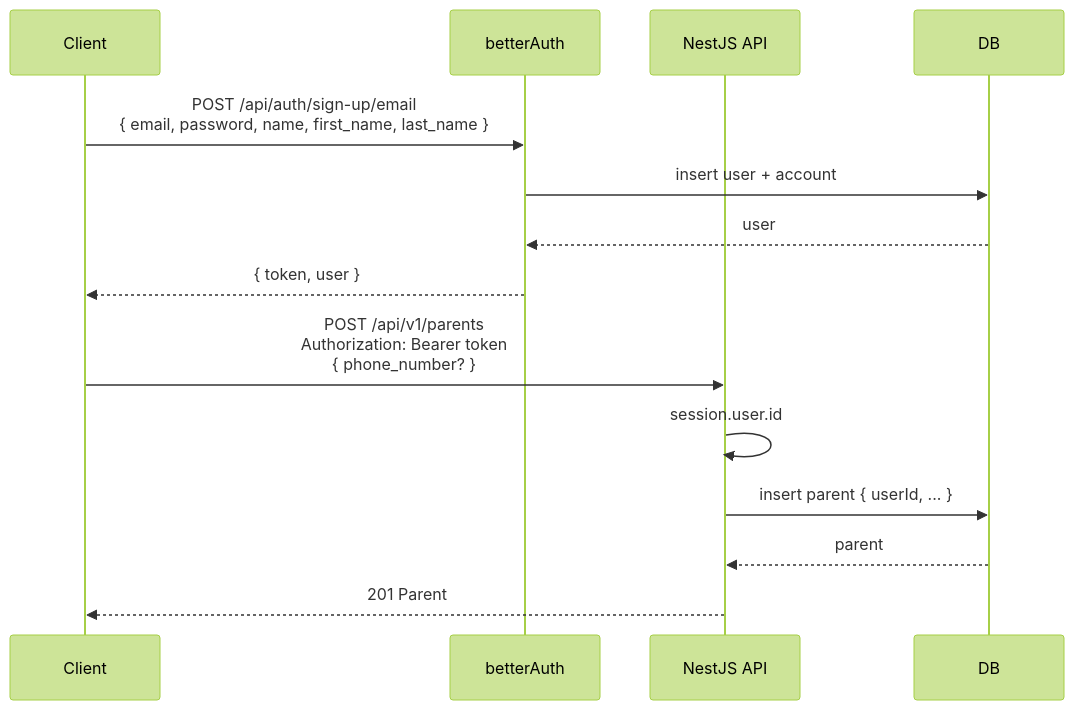
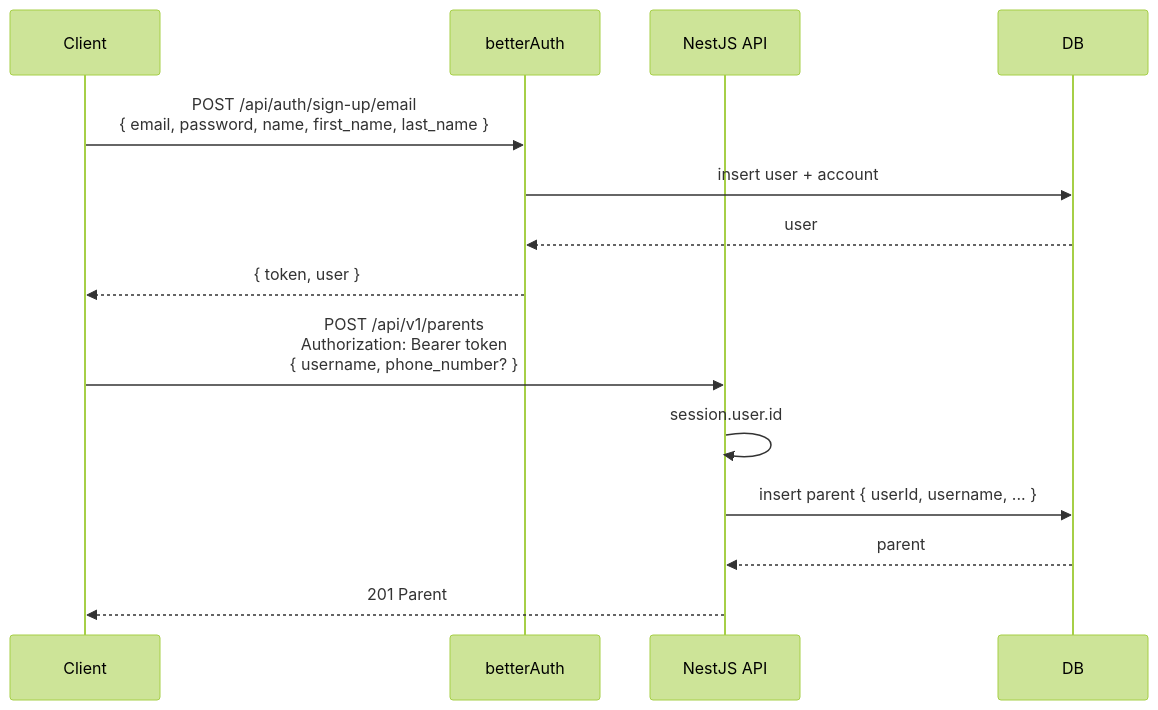
One commit to BelkorcheWidad/elFulk-Backend changed the second of 4 diagrams in docs/auth/AUTH.md. Above: the diagram before and after it, drawn with Mermaid (forest theme). The commit also changed other lines of this file, not shown here.

Commit message:
docs(auth): Updated tests for username

````diff
--- a/docs/auth/AUTH.md
+++ b/docs/auth/AUTH.md
@@ -52,18 +52,18 @@
 ```mermaid
 sequenceDiagram
     participant Client
     participant betterAuth
     participant API as NestJS API
     participant DB
 
     Client->>betterAuth: POST /api/auth/sign-up/email<br/>{ email, password, name, first_name, last_name }
     betterAuth->>DB: insert user + account
     DB-->>betterAuth: user
     betterAuth-->>Client: { token, user }
 
-    Client->>API: POST /api/v1/parents<br/>Authorization: Bearer token<br/>{ phone_number? }
+    Client->>API: POST /api/v1/parents<br/>Authorization: Bearer token<br/>{ username, phone_number? }
     API->>API: session.user.id
-    API->>DB: insert parent { userId, ... }
+    API->>DB: insert parent { userId, username, ... }
     DB-->>API: parent
     API-->>Client: 201 Parent
 ```
````
